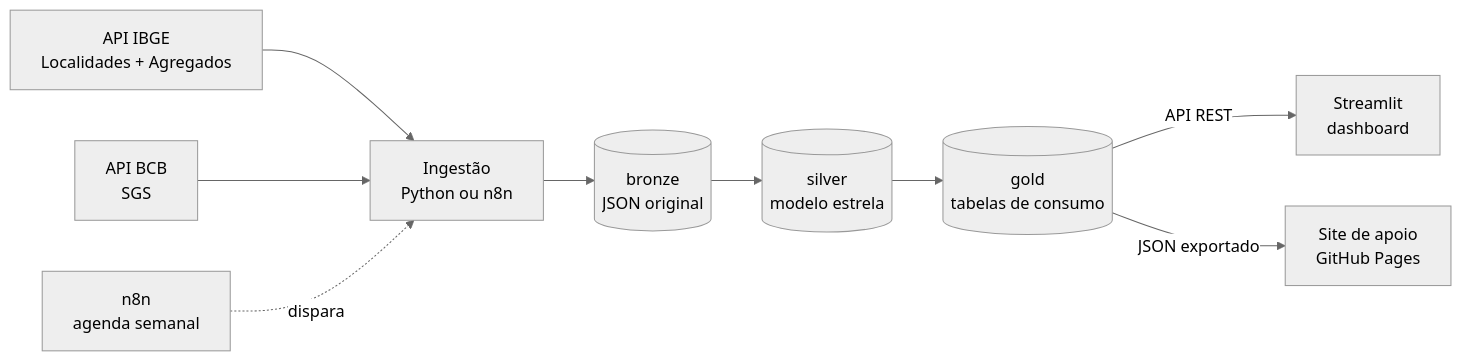
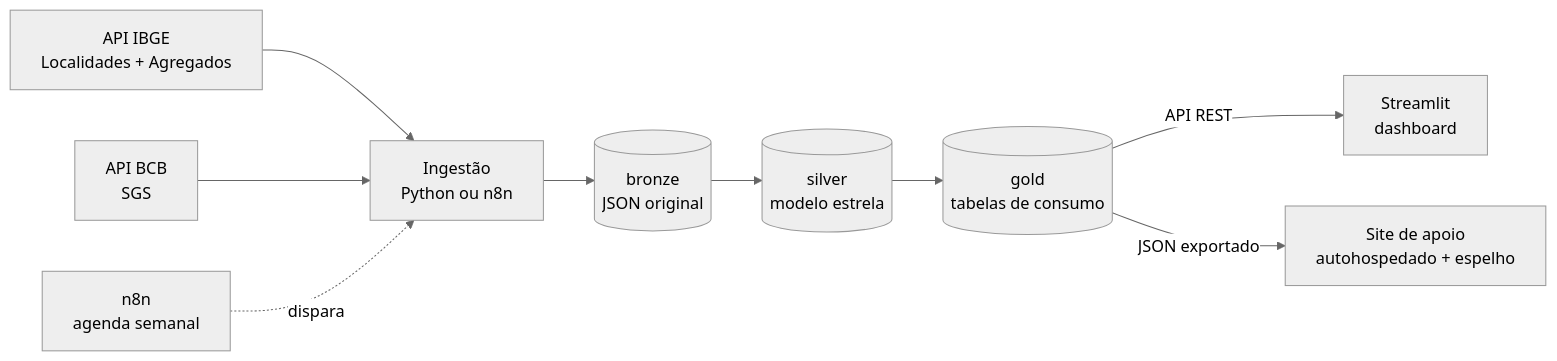
Before and after one commit to JJ-Junior/radar-expansao: the diagram in README.md, drawn with Mermaid (neutral theme). The commit also changed other lines of this file and 6 other files, not shown here.

````diff
--- a/README.md
+++ b/README.md
@@ -41,11 +42,11 @@
 ```mermaid
 flowchart LR
     IBGE[API IBGE<br/>Localidades + Agregados] --> ING[Ingestão<br/>Python ou n8n]
     BCB[API BCB<br/>SGS] --> ING
     N8N[n8n<br/>agenda semanal] -.dispara.-> ING
     ING --> B[(bronze<br/>JSON original)]
     B --> S[(silver<br/>modelo estrela)]
     S --> G[(gold<br/>tabelas de consumo)]
     G -->|API REST| APP[Streamlit<br/>dashboard]
-    G -->|JSON exportado| SITE[Site de apoio<br/>GitHub Pages]
+    G -->|JSON exportado| SITE[Site de apoio<br/>autohospedado + espelho]
 ```
````
